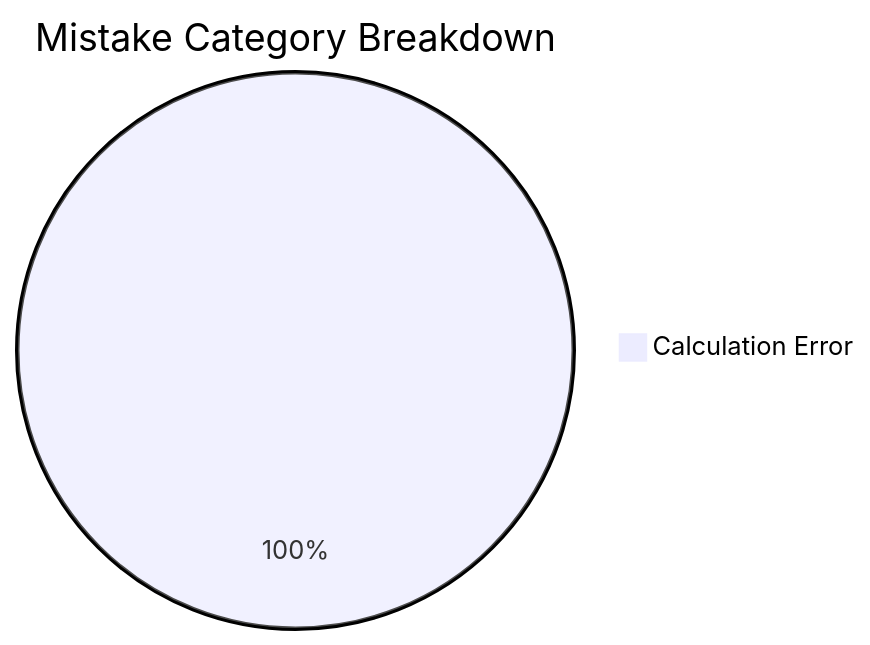
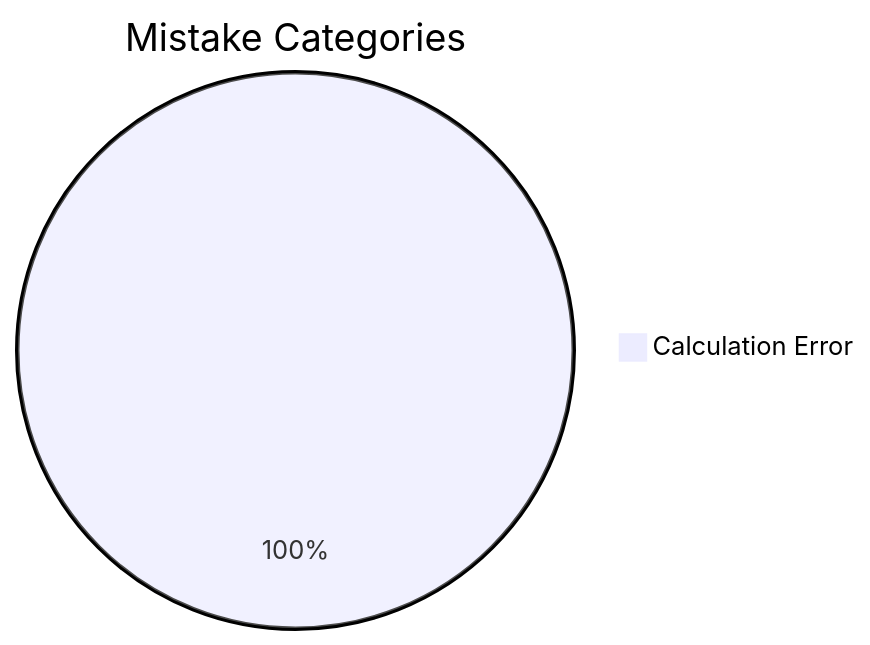
One commit to skc-coder/SAGE changed the first of 2 diagrams in content/gate-cs/algorithms/question_db.md. Above: the diagram before and after it, drawn with Mermaid. The commit also changed other lines of this file and 3 other files, not shown here.

Commit message:
style(charts): replace squeezed Gantt charts with sleek xychart-beta bar charts for visual topic accuracy

````diff
--- a/content/gate-cs/algorithms/question_db.md
+++ b/content/gate-cs/algorithms/question_db.md
@@ -6,4 +7,4 @@
 ```mermaid
-pie title Mistake Category Breakdown
+pie title Mistake Categories
     "Calculation Error" : 1
 ```
````
